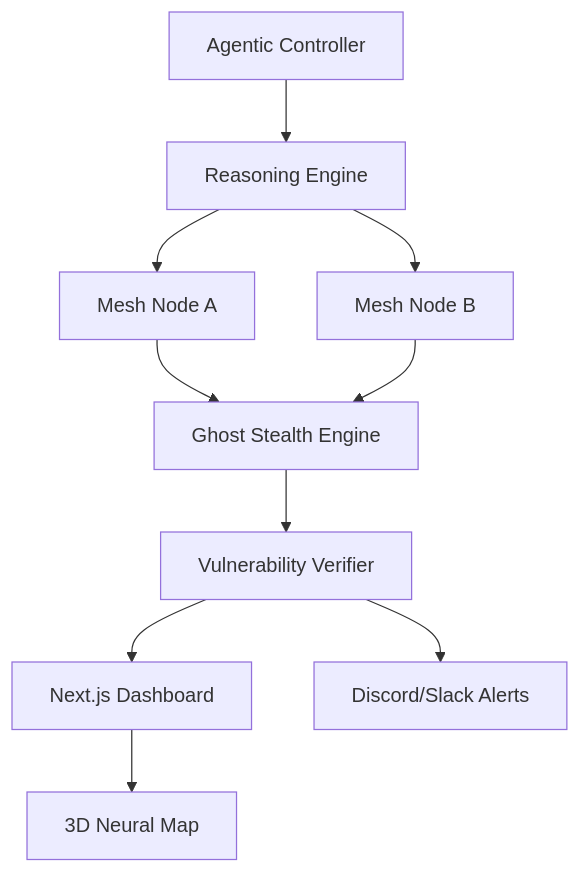
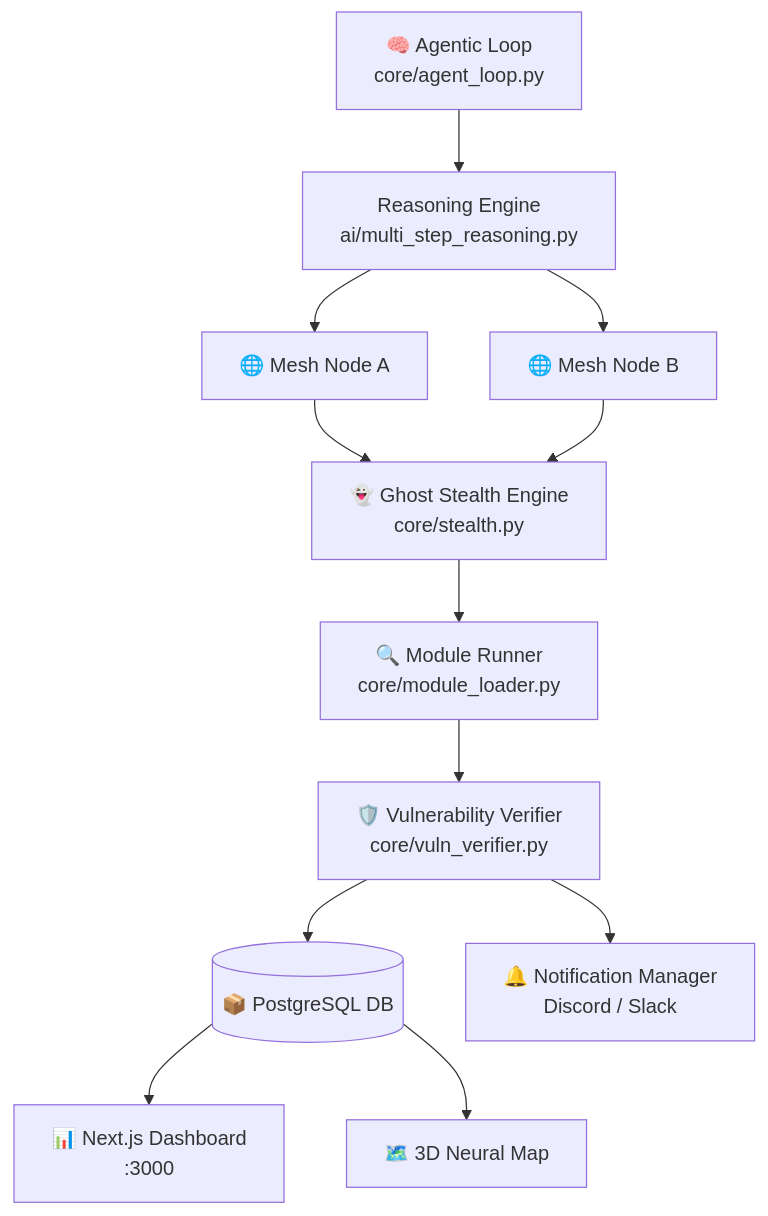
Before and after one commit to VIPHACKER100/DarkWin-NGASR: the diagram in README.md, drawn with Mermaid. The commit also changed other lines of this file, not shown here.

Commit message:
DARKWIN Zenith v1.0.6: Premium README overhaul with full feature docs, architecture, CLI reference, and troubleshooting

````diff
--- a/README.md
+++ b/README.md
@@ -91,12 +148,14 @@
 ```mermaid
 graph TD
-    A[Agentic Controller] --> B[Reasoning Engine]
-    B --> C[Mesh Node A]
-    B --> D[Mesh Node B]
-    C --> E[Ghost Stealth Engine]
-    D --> E[Ghost Stealth Engine]
-    E --> F[Vulnerability Verifier]
-    F --> G[Next.js Dashboard]
-    G --> H[3D Neural Map]
-    F --> I[Discord/Slack Alerts]
+    A["🧠 Agentic Loop<br/>core/agent_loop.py"] --> B["Reasoning Engine<br/>ai/multi_step_reasoning.py"]
+    B --> C["🌐 Mesh Node A"]
+    B --> D["🌐 Mesh Node B"]
+    C --> E["👻 Ghost Stealth Engine<br/>core/stealth.py"]
+    D --> E
+    E --> F["🔍 Module Runner<br/>core/module_loader.py"]
+    F --> G["🛡️ Vulnerability Verifier<br/>core/vuln_verifier.py"]
+    G --> H[("📦 PostgreSQL DB")]
+    H --> I["📊 Next.js Dashboard<br/>:3000"]
+    H --> J["🗺️ 3D Neural Map"]
+    G --> K["🔔 Notification Manager<br/>Discord / Slack"]
 ```
````
